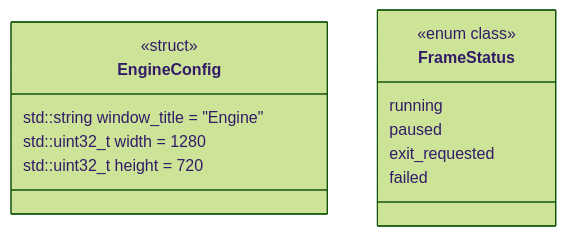
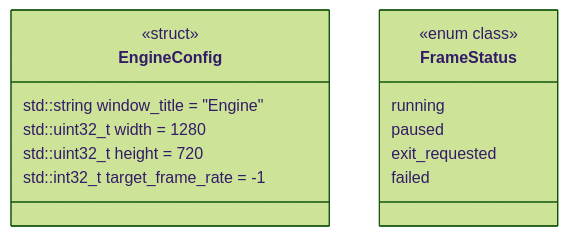
One commit to lcals/Engine changed the diagram in docs/runtime/class-diagrams/types.md. Above: the diagram before and after it, drawn with Mermaid (forest theme). The commit also changed other lines of this file and 24 other files, not shown here.

Commit message:
feat(core): add frame rate limits with editor lifecycle and script controls

````diff
--- a/docs/runtime/class-diagrams/types.md
+++ b/docs/runtime/class-diagrams/types.md
@@ -7,17 +7,18 @@
 ```mermaid
 classDiagram
     direction TB
     class EngineConfig {
         <<struct>>
         std::string window_title = "Engine"
         std::uint32_t width = 1280
         std::uint32_t height = 720
+        std::int32_t target_frame_rate = -1
     }
     class FrameStatus {
         <<enum class>>
         running
         paused
         exit_requested
         failed
     }
 ```
````
